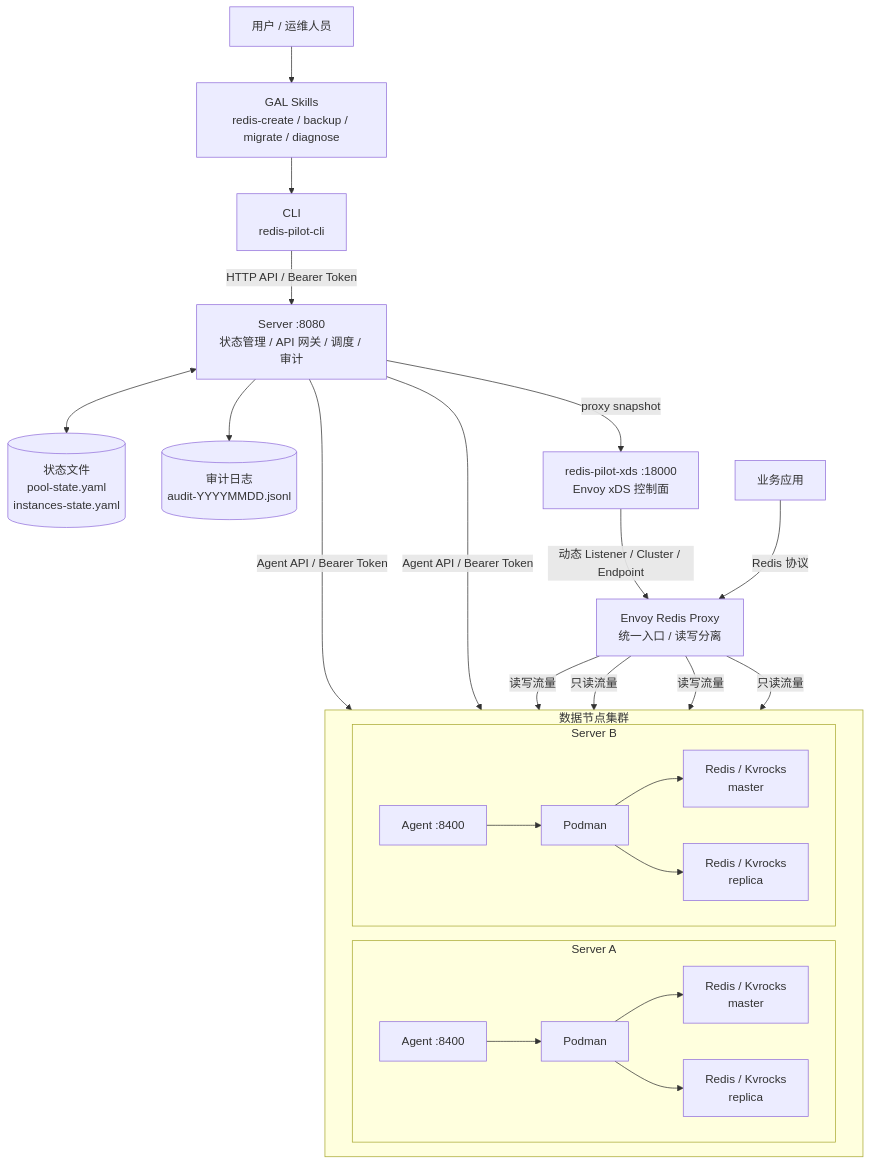
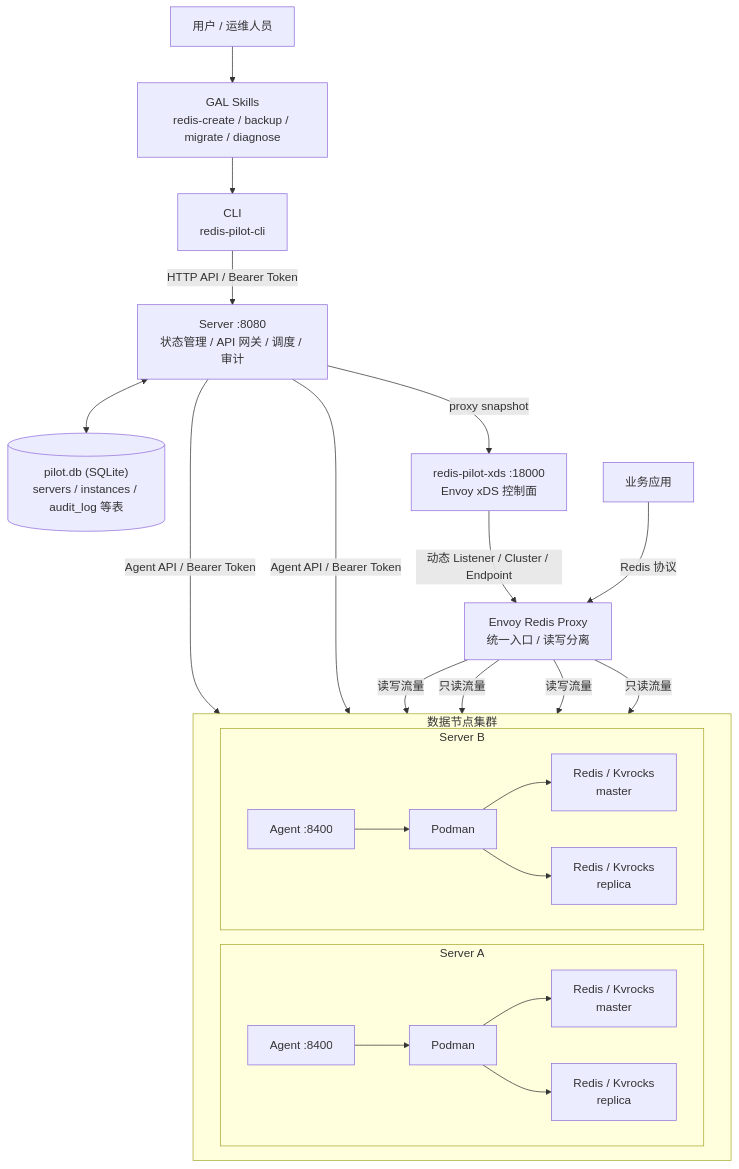
Before and after one commit to zemul/redis-pilot: the diagram in README.md, drawn with Mermaid. The commit also changed other lines of this file and 2 other files, not shown here.

Commit message:
docs: 同步 YAML→SQLite 存储迁移后的架构文档
ARCHITECTURE.md、FEATURES.md、README.md 中大量描述仍停留在早期
pool-state.yaml/instances-state.yaml/audit-YYYYMMDD.jsonl 的 YAML
文件存储设计，与实际代码（internal/store，SQLite 单文件 pilot.db）
不一致。逐处更新为 servers/instance_groups/instances/audit_log 等
表的等价描述：

- README.md: 架构图去掉过时的独立 audit JSONL 节点（审计日志现在是
  pilot.db 的 audit_log 表，随 Server 状态一起持久化）
- ARCHITECTURE.md: 状态管理、备份调度、故障转移、资源清单、Sentinel
  同步等章节中的 instances-state/pool-state 引用统一改为对应表名；
  并发控制描述从'文件锁'更新为 DB.mu sync.Mutex 的实际实现
- FEATURES.md: 状态文件结构章节重写为 servers/instances 表的字段
  说明，补充密码/token 明文存储的安全说明和权限收紧现状

Phase 1 MVP 实施路线中的 pool-state.yaml 提及保留不动，因为那是
项目早期规划的历史记录，不是对当前架构的描述。

纯文档改动，go build ./... 确认不影响代码。

````diff
--- a/README.md
+++ b/README.md
@@ -17,50 +17,48 @@
 ```mermaid
 flowchart TB
     user["用户 / 运维人员"]
     skills["GAL Skills<br/>redis-create / backup / migrate / diagnose"]
     cli["CLI<br/>redis-pilot-cli"]
 
     server["Server :8080<br/>状态管理 / API 网关 / 调度 / 审计"]
-    state[("状态文件<br/>pool-state.yaml<br/>instances-state.yaml")]
-    audit[("审计日志<br/>audit-YYYYMMDD.jsonl")]
+    state[("pilot.db (SQLite)<br/>servers / instances / audit_log 等表")]
 
     xds["redis-pilot-xds :18000<br/>Envoy xDS 控制面"]
     envoy["Envoy Redis Proxy<br/>统一入口 / 读写分离"]
     app["业务应用"]
 
     subgraph nodes["数据节点集群"]
         direction LR
 
         subgraph nodeA["Server A"]
             agentA["Agent :8400"]
             podmanA["Podman"]
             instA1["Redis / Kvrocks<br/>master"]
             instA2["Redis / Kvrocks<br/>replica"]
             agentA --> podmanA --> instA1
             podmanA --> instA2
         end
 
         subgraph nodeB["Server B"]
             agentB["Agent :8400"]
             podmanB["Podman"]
             instB1["Redis / Kvrocks<br/>master"]
             instB2["Redis / Kvrocks<br/>replica"]
             agentB --> podmanB --> instB1
             podmanB --> instB2
         end
     end
 
     user --> skills --> cli
     cli -- "HTTP API / Bearer Token" --> server
     server <--> state
-    server --> audit
     server -- "Agent API / Bearer Token" --> agentA
     server -- "Agent API / Bearer Token" --> agentB
     server -- "proxy snapshot" --> xds
     xds -- "动态 Listener / Cluster / Endpoint" --> envoy
     app -- "Redis 协议" --> envoy
     envoy -- "读写流量" --> instA1
     envoy -- "只读流量" --> instA2
     envoy -- "读写流量" --> instB1
     envoy -- "只读流量" --> instB2
 ```
````
